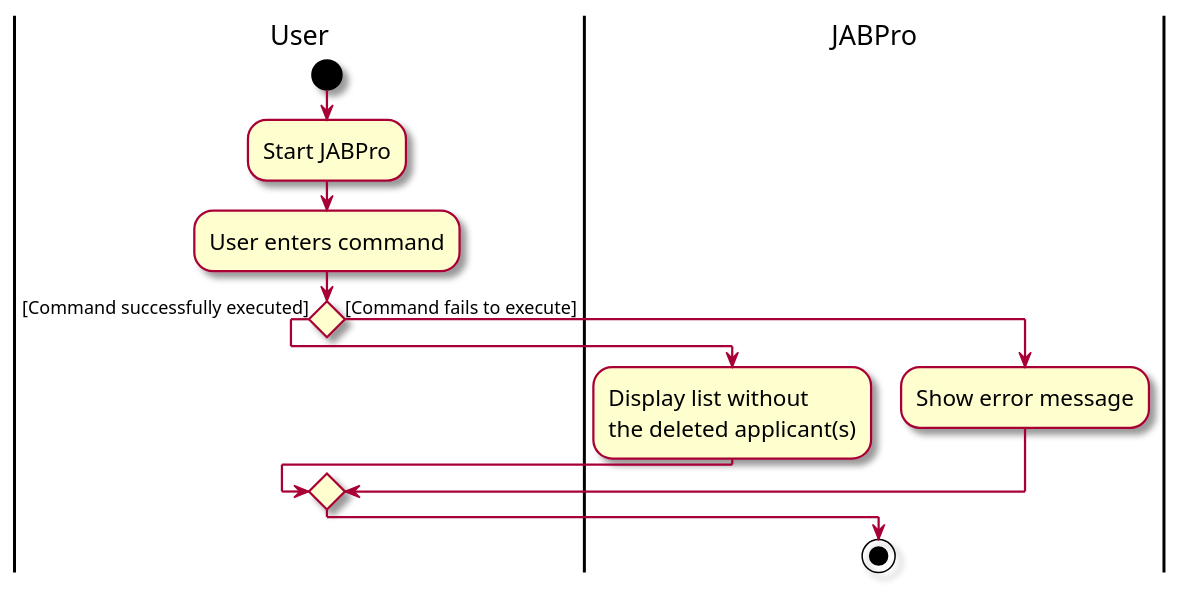
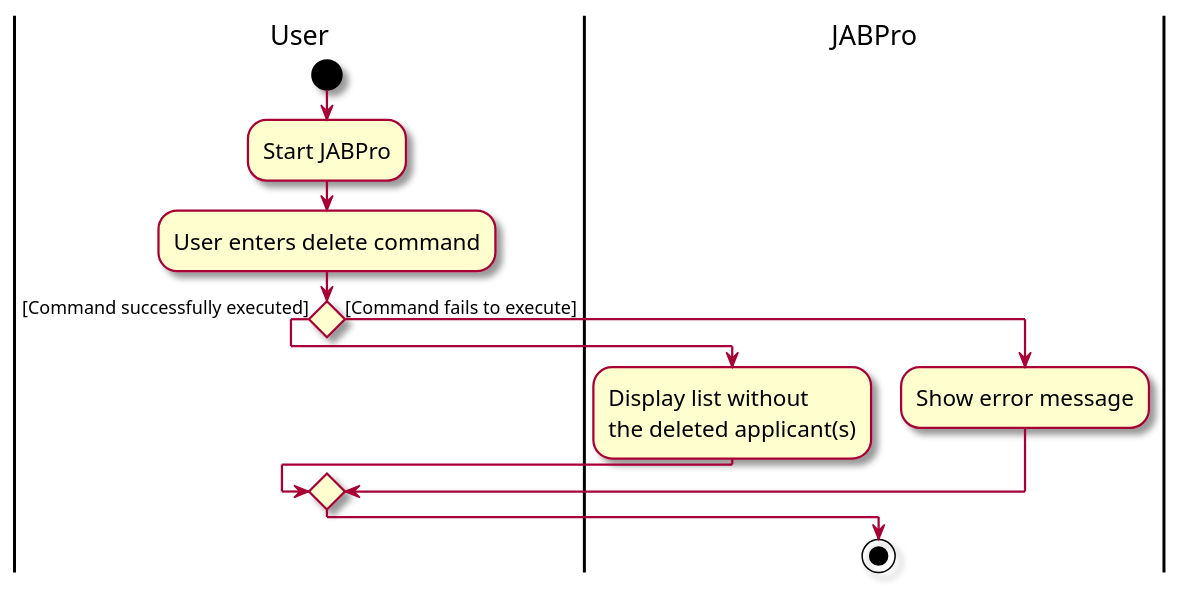
One commit to nus-cs2103-AY2324S1/tp changed the diagram in docs/diagrams/DeleteActivityDiagram.puml. Above: the diagram before and after it, drawn with PlantUML. The commit also changed 1 other file, not shown here.

Commit message:
Fix activity diagrams

```diff
--- a/docs/diagrams/DeleteActivityDiagram.puml
+++ b/docs/diagrams/DeleteActivityDiagram.puml
@@ -1,19 +1,19 @@
 @startuml
 'https://plantuml.com/activity-diagram-beta
 |User|
 skin rose
 skinparam ActivityFontSize 15
 skinparam ArrowFontSize 12
 start
 :Start JABPro;
-:User enters command;
+:User enters delete command;
 
 if () then ([Command successfully executed])
     |JABPro|
     :Display list without
     the deleted applicant(s);
 else ([Command fails to execute])
     :Show error message;
 endif
 stop
 @enduml
```
